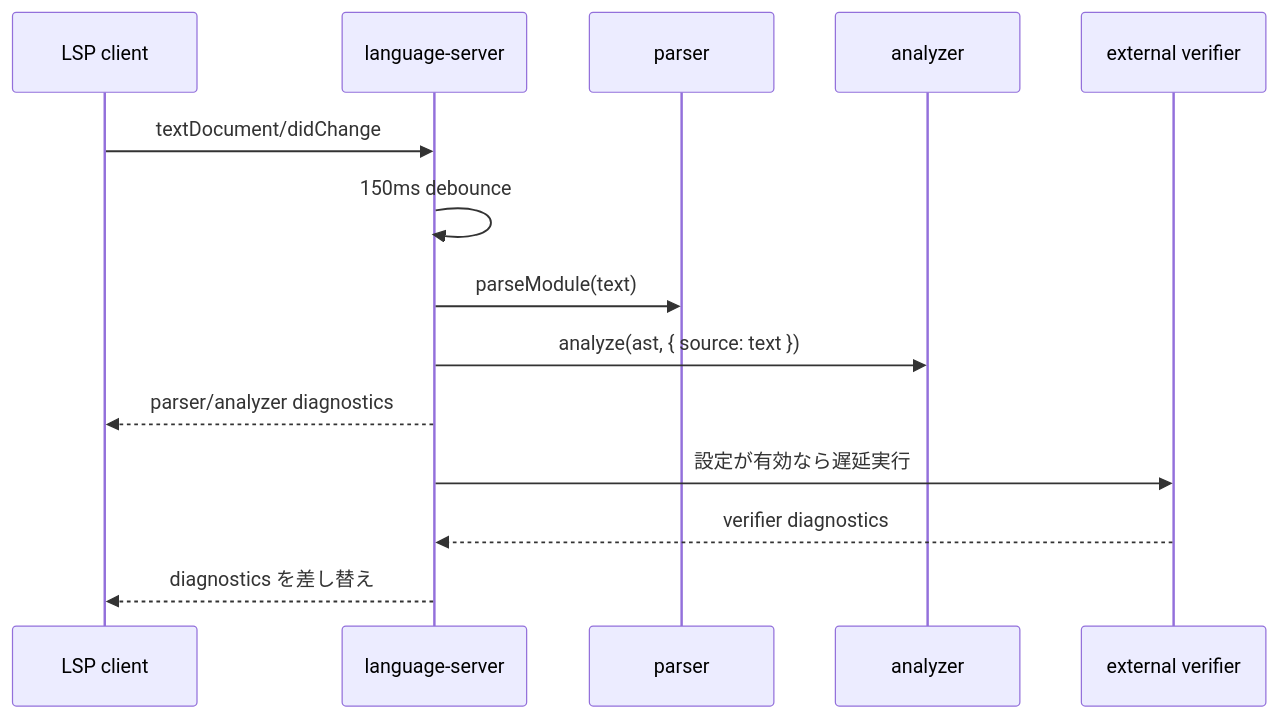
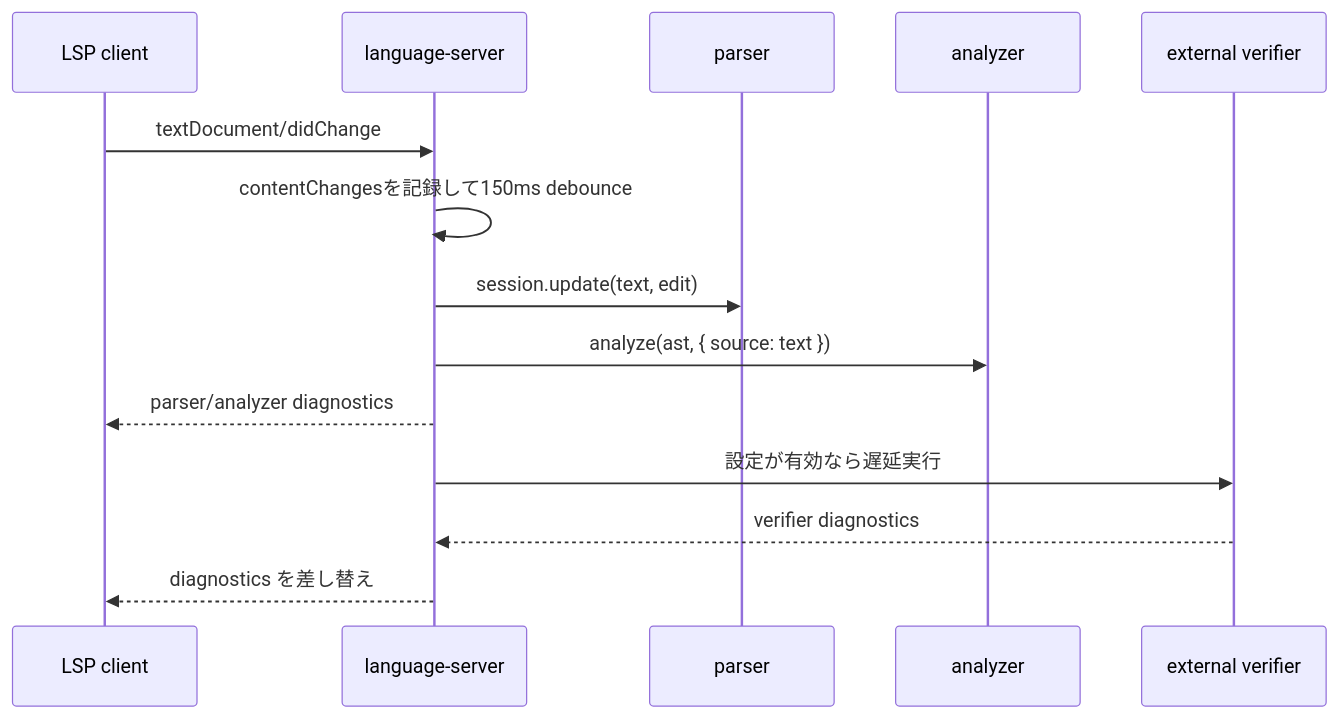
One commit to r4ai/llvm-analyzer changed the diagram in docs/language-server.md. Above: the diagram before and after it, drawn with Mermaid. The commit also changed other lines of this file and 30 other files, not shown here.

````diff
--- a/docs/language-server.md
+++ b/docs/language-server.md
@@ -32,17 +32,17 @@
 ```mermaid
 sequenceDiagram
   participant Client as LSP client
   participant Server as language-server
   participant Parser as parser
   participant Analyzer as analyzer
   participant Verifier as external verifier
 
   Client->>Server: textDocument/didChange
-  Server->>Server: 150ms debounce
-  Server->>Parser: parseModule(text)
+  Server->>Server: contentChangesを記録して150ms debounce
+  Server->>Parser: session.update(text, edit)
   Server->>Analyzer: analyze(ast, { source: text })
   Server-->>Client: parser/analyzer diagnostics
   Server->>Verifier: 設定が有効なら遅延実行
   Verifier-->>Server: verifier diagnostics
   Server-->>Client: diagnostics を差し替え
 ```
````
